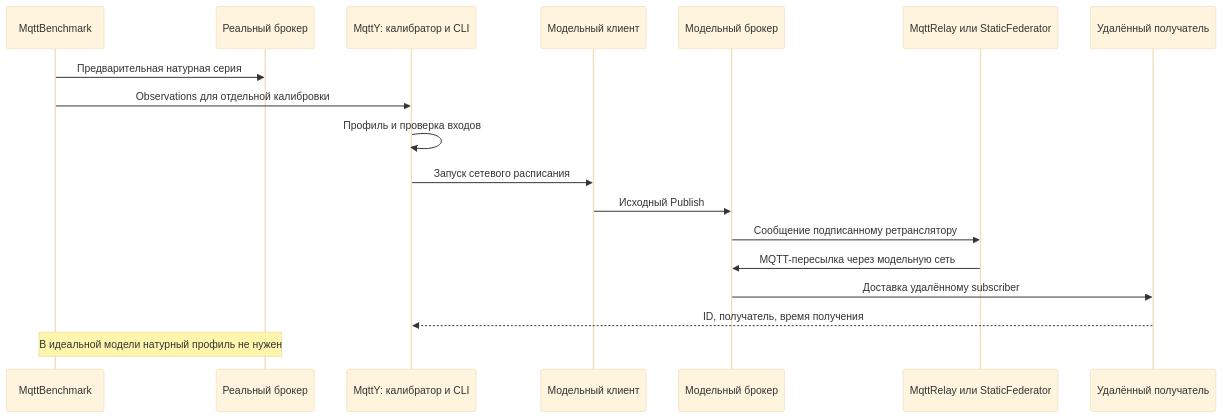
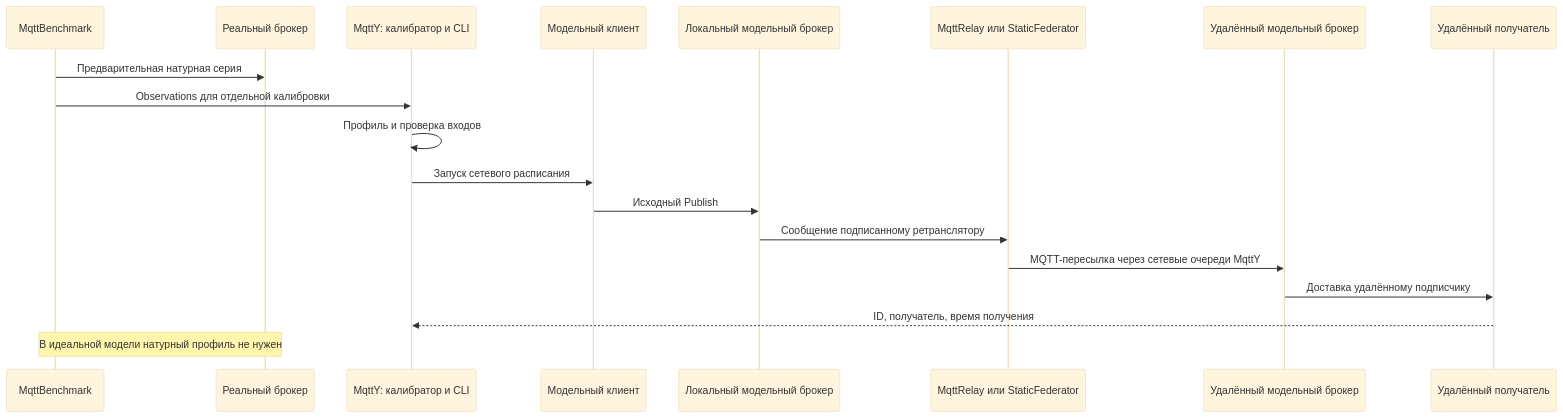
One commit to EntityFX/mqtty-meta changed the diagram in docs/dissertation/articles/article-2-relay-federation.md. Above: the diagram before and after it, drawn with Mermaid (base theme). The commit also changed other lines of this file and 17 other files, not shown here.

````diff
--- a/docs/dissertation/articles/article-2-relay-federation.md
+++ b/docs/dissertation/articles/article-2-relay-federation.md
@@ -31,20 +33,21 @@
 ```mermaid
 sequenceDiagram
     participant B as MqttBenchmark
     participant R as Реальный брокер
     participant Y as MqttY: калибратор и CLI
     participant C as Модельный клиент
-    participant M as Модельный брокер
+    participant M as Локальный модельный брокер
     participant T as MqttRelay или StaticFederator
+    participant N as Удалённый модельный брокер
     participant D as Удалённый получатель
     B->>R: Предварительная натурная серия
     B->>Y: Observations для отдельной калибровки
     Y->>Y: Профиль и проверка входов
     Y->>C: Запуск сетевого расписания
     C->>M: Исходный Publish
     M->>T: Сообщение подписанному ретранслятору
-    T->>M: MQTT-пересылка через модельную сеть
-    M->>D: Доставка удалённому subscriber
+    T->>N: MQTT-пересылка через сетевые очереди MqttY
+    N->>D: Доставка удалённому подписчику
     D-->>Y: ID, получатель, время получения
     Note over B,R: В идеальной модели натурный профиль не нужен
 ```
````
